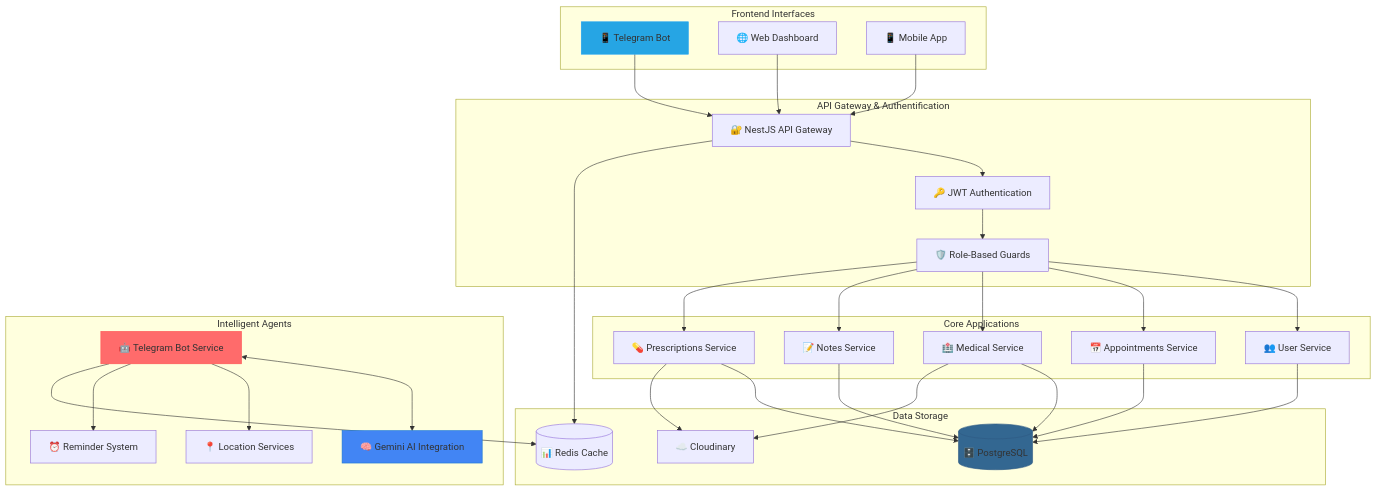
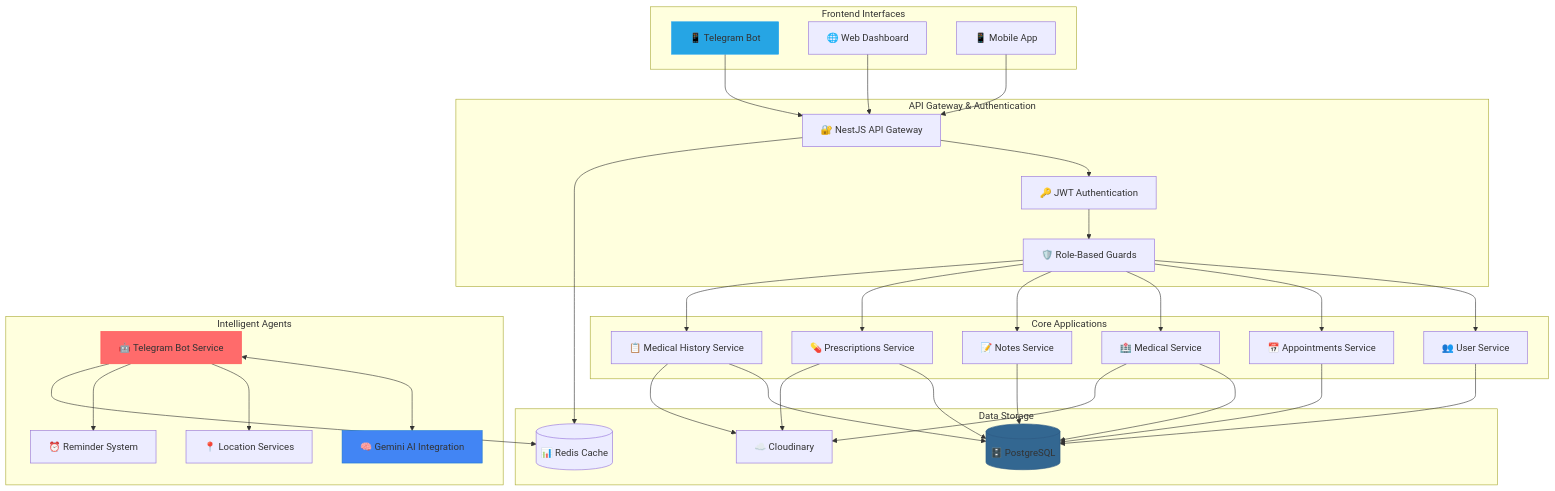
The first of 2 diagrams in README.md (RubenDarioGuerreroNeira/medical-app), drawn with Mermaid before and after one commit. The commit also changed other lines of this file and 19 other files, not shown here.

````diff
--- a/README.md
+++ b/README.md
@@ -60,51 +83,52 @@
 ```mermaid
 graph TB
     subgraph "Frontend Interfaces"
         TG[📱 Telegram Bot]
         WEB[🌐 Web Dashboard]
         MOB[📱 Mobile App]
     end
-    
-    subgraph "API Gateway & Authentification"
+
+    subgraph "API Gateway & Authentication"
         GW[🔐 NestJS API Gateway]
         AUTH[🔑 JWT Authentication]
         GUARD[🛡️ Role-Based Guards]
     end
-    
+
     subgraph "Core Applications"
         US[👥 User Service]
-        AS[📅 Appointments Service] 
+        AS[📅 Appointments Service]
         MS[🏥 Medical Service]
         NS[📝 Notes Service]
         RS[💊 Prescriptions Service]
+        HS[📋 Medical History Service]
     end
-    
+
     subgraph "Intelligent Agents"
         BOT[🤖 Telegram Bot Service]
         AI[🧠 Gemini AI Integration]
         GEO[📍 Location Services]
         REMIND[⏰ Reminder System]
     end
-    
+
     subgraph "Data Storage"
         PG[(🗄️ PostgreSQL)]
         REDIS[(📊 Redis Cache)]
         CLOUD[☁️ Cloudinary]
     end
 
     TG & WEB & MOB --> GW
     GW --> AUTH --> GUARD
-    GUARD --> US & AS & MS & NS & RS
-    
+    GUARD --> US & AS & MS & NS & RS & HS
+
     BOT <--> AI
     BOT --> GEO & REMIND
-    
-    US & AS & MS & NS & RS --> PG
+
+    US & AS & MS & NS & RS & HS --> PG
     GW & BOT --> REDIS
-    RS & MS --> CLOUD
-    
+    RS & MS & HS --> CLOUD
+
     style TG fill:#26A5E4,stroke:#1DA1F2
     style BOT fill:#FF6B6B,stroke:#FF5252
     style AI fill:#4285F4,stroke:#1976D2
     style PG fill:#336791,stroke:#2E5984
 ```
````
